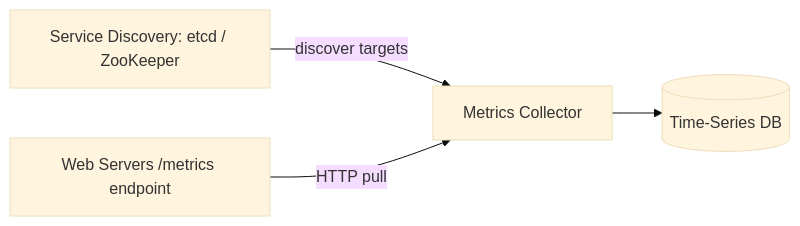
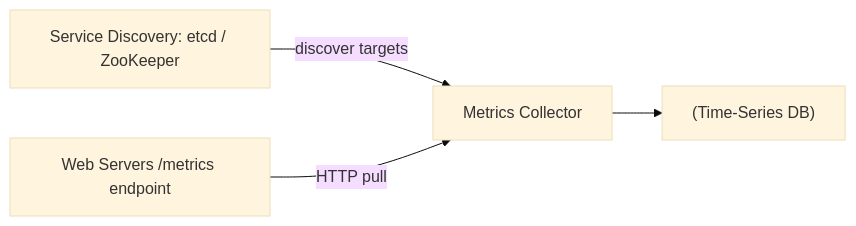
The second of 4 diagrams in files/Book-System-Design-Vol-2/05-metrics-monitoring-alerting.md (pankajThakur1874/studysheet), drawn with Mermaid (base theme) before and after one commit. The commit also changed other lines of this file and 102 other files, not shown here.

Commit message:
Auto-fix Mermaid diagram syntax across all study guides to prevent Syntax Error in Mermaid v10

````diff
--- a/files/Book-System-Design-Vol-2/05-metrics-monitoring-alerting.md
+++ b/files/Book-System-Design-Vol-2/05-metrics-monitoring-alerting.md
@@ -81,6 +81,6 @@
 ```mermaid
 flowchart LR
-    SD[Service Discovery: etcd / ZooKeeper] -->|discover targets| MC[Metrics Collector]
+    SD["Service Discovery: etcd / ZooKeeper"] -->|discover targets| MC[Metrics Collector]
     WS["Web Servers /metrics endpoint"] -->|HTTP pull| MC
-    MC --> TSDB[(Time-Series DB)]
+    MC --> TSDB["(Time-Series DB)"]
 ```
````
